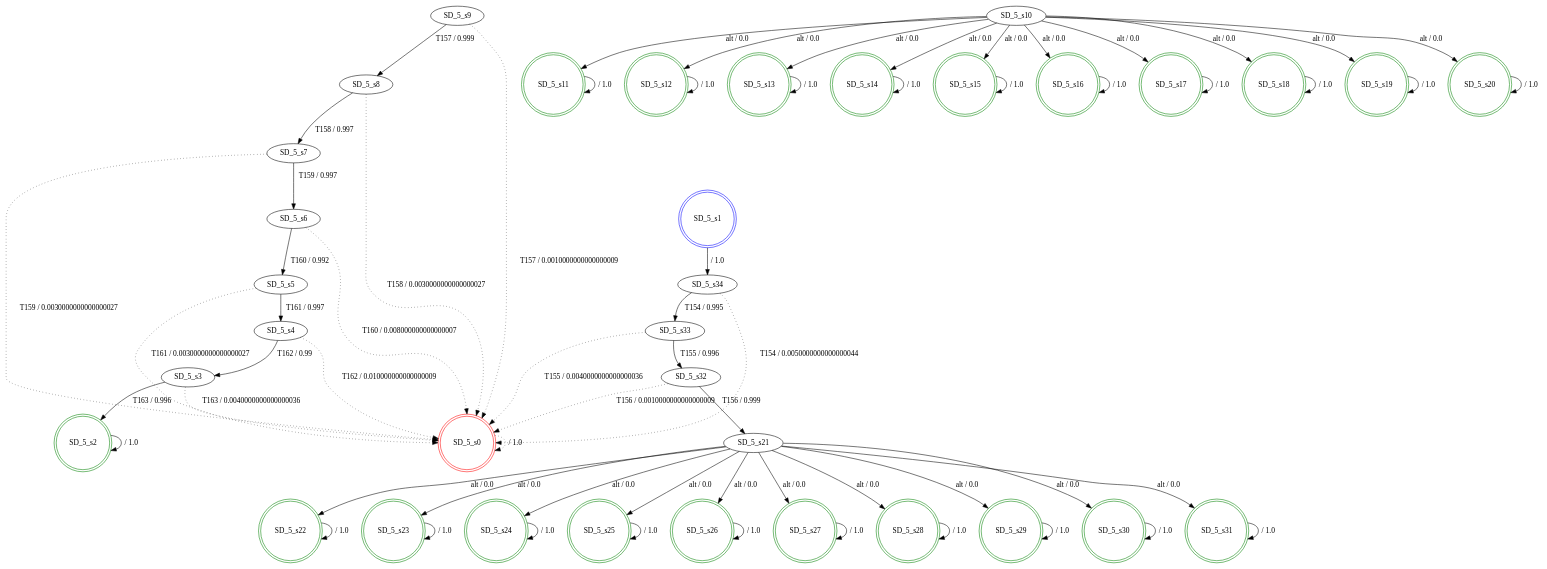
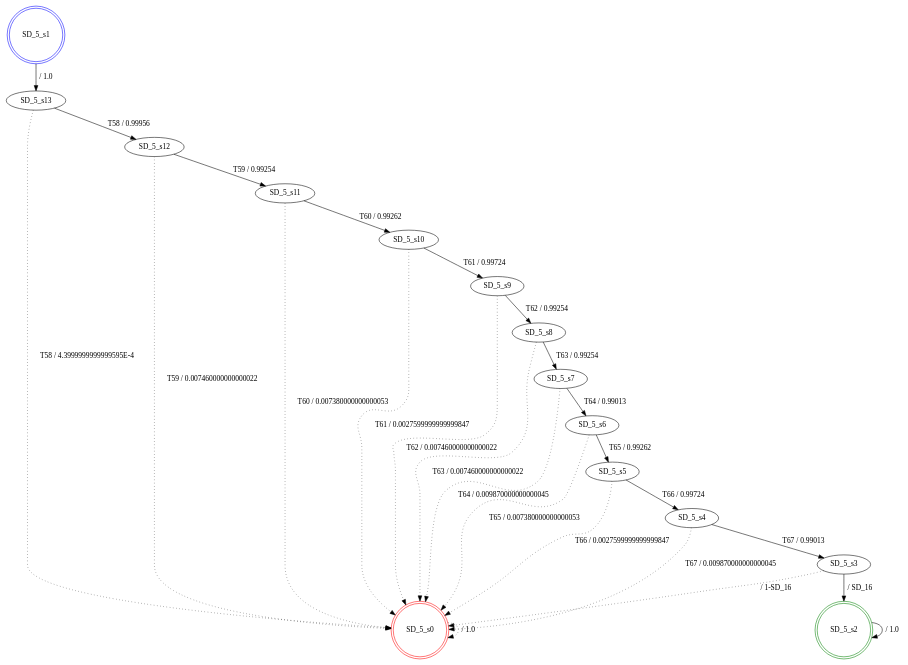
One commit to SPLMC/spl-generator changed the diagram in src/results_joao/2/fdtmc_SD_5.dot. Above: the diagram before and after it, drawn with Graphviz. The commit also changed 563 other files, not shown here.

```diff
--- a/src/results_joao/2/fdtmc_SD_5.dot
+++ b/src/results_joao/2/fdtmc_SD_5.dot
@@ -1,100 +1,41 @@
 digraph graphname {
 SD_5_s0 [label="SD_5_s0",color=red,shape=doublecircle ];
 SD_5_s1 [label="SD_5_s1",color=blue,shape=doublecircle ];
 SD_5_s2 [label="SD_5_s2",color=green,shape=doublecircle ];
 SD_5_s3 [label="SD_5_s3" ];
 SD_5_s4 [label="SD_5_s4" ];
 SD_5_s5 [label="SD_5_s5" ];
 SD_5_s6 [label="SD_5_s6" ];
 SD_5_s7 [label="SD_5_s7" ];
 SD_5_s8 [label="SD_5_s8" ];
 SD_5_s9 [label="SD_5_s9" ];
 SD_5_s10 [label="SD_5_s10" ];
-SD_5_s11 [label="SD_5_s11",color=green,shape=doublecircle ];
-SD_5_s12 [label="SD_5_s12",color=green,shape=doublecircle ];
-SD_5_s13 [label="SD_5_s13",color=green,shape=doublecircle ];
-SD_5_s14 [label="SD_5_s14",color=green,shape=doublecircle ];
-SD_5_s15 [label="SD_5_s15",color=green,shape=doublecircle ];
-SD_5_s16 [label="SD_5_s16",color=green,shape=doublecircle ];
-SD_5_s17 [label="SD_5_s17",color=green,shape=doublecircle ];
-SD_5_s18 [label="SD_5_s18",color=green,shape=doublecircle ];
-SD_5_s19 [label="SD_5_s19",color=green,shape=doublecircle ];
-SD_5_s20 [label="SD_5_s20",color=green,shape=doublecircle ];
-SD_5_s21 [label="SD_5_s21" ];
-SD_5_s22 [label="SD_5_s22",color=green,shape=doublecircle ];
-SD_5_s23 [label="SD_5_s23",color=green,shape=doublecircle ];
-SD_5_s24 [label="SD_5_s24",color=green,shape=doublecircle ];
-SD_5_s25 [label="SD_5_s25",color=green,shape=doublecircle ];
-SD_5_s26 [label="SD_5_s26",color=green,shape=doublecircle ];
-SD_5_s27 [label="SD_5_s27",color=green,shape=doublecircle ];
-SD_5_s28 [label="SD_5_s28",color=green,shape=doublecircle ];
-SD_5_s29 [label="SD_5_s29",color=green,shape=doublecircle ];
-SD_5_s30 [label="SD_5_s30",color=green,shape=doublecircle ];
-SD_5_s31 [label="SD_5_s31",color=green,shape=doublecircle ];
-SD_5_s32 [label="SD_5_s32" ];
-SD_5_s33 [label="SD_5_s33" ];
-SD_5_s34 [label="SD_5_s34" ];
+SD_5_s11 [label="SD_5_s11" ];
+SD_5_s12 [label="SD_5_s12" ];
+SD_5_s13 [label="SD_5_s13" ];
 SD_5_s0 -> SD_5_s0 [label=" / 1.0", style=dotted];
-SD_5_s1 -> SD_5_s34 [label=" / 1.0"];
+SD_5_s1 -> SD_5_s13 [label=" / 1.0"];
 SD_5_s2 -> SD_5_s2 [label=" / 1.0"];
-SD_5_s3 -> SD_5_s2 [label="T163 / 0.996"];
-SD_5_s3 -> SD_5_s0 [label="T163 / 0.0040000000000000036", style=dotted];
-SD_5_s4 -> SD_5_s3 [label="T162 / 0.99"];
-SD_5_s4 -> SD_5_s0 [label="T162 / 0.010000000000000009", style=dotted];
-SD_5_s5 -> SD_5_s4 [label="T161 / 0.997"];
-SD_5_s5 -> SD_5_s0 [label="T161 / 0.0030000000000000027", style=dotted];
-SD_5_s6 -> SD_5_s5 [label="T160 / 0.992"];
-SD_5_s6 -> SD_5_s0 [label="T160 / 0.008000000000000007", style=dotted];
-SD_5_s7 -> SD_5_s6 [label="T159 / 0.997"];
-SD_5_s7 -> SD_5_s0 [label="T159 / 0.0030000000000000027", style=dotted];
-SD_5_s8 -> SD_5_s7 [label="T158 / 0.997"];
-SD_5_s8 -> SD_5_s0 [label="T158 / 0.0030000000000000027", style=dotted];
-SD_5_s9 -> SD_5_s8 [label="T157 / 0.999"];
-SD_5_s9 -> SD_5_s0 [label="T157 / 0.0010000000000000009", style=dotted];
-SD_5_s10 -> SD_5_s11 [label="alt / 0.0"];
-SD_5_s10 -> SD_5_s12 [label="alt / 0.0"];
-SD_5_s10 -> SD_5_s13 [label="alt / 0.0"];
-SD_5_s10 -> SD_5_s14 [label="alt / 0.0"];
-SD_5_s10 -> SD_5_s15 [label="alt / 0.0"];
-SD_5_s10 -> SD_5_s16 [label="alt / 0.0"];
-SD_5_s10 -> SD_5_s17 [label="alt / 0.0"];
-SD_5_s10 -> SD_5_s18 [label="alt / 0.0"];
-SD_5_s10 -> SD_5_s19 [label="alt / 0.0"];
-SD_5_s10 -> SD_5_s20 [label="alt / 0.0"];
-SD_5_s11 -> SD_5_s11 [label=" / 1.0"];
-SD_5_s12 -> SD_5_s12 [label=" / 1.0"];
-SD_5_s13 -> SD_5_s13 [label=" / 1.0"];
-SD_5_s14 -> SD_5_s14 [label=" / 1.0"];
-SD_5_s15 -> SD_5_s15 [label=" / 1.0"];
-SD_5_s16 -> SD_5_s16 [label=" / 1.0"];
-SD_5_s17 -> SD_5_s17 [label=" / 1.0"];
-SD_5_s18 -> SD_5_s18 [label=" / 1.0"];
-SD_5_s19 -> SD_5_s19 [label=" / 1.0"];
-SD_5_s20 -> SD_5_s20 [label=" / 1.0"];
-SD_5_s21 -> SD_5_s22 [label="alt / 0.0"];
-SD_5_s21 -> SD_5_s23 [label="alt / 0.0"];
-SD_5_s21 -> SD_5_s24 [label="alt / 0.0"];
-SD_5_s21 -> SD_5_s25 [label="alt / 0.0"];
-SD_5_s21 -> SD_5_s26 [label="alt / 0.0"];
-SD_5_s21 -> SD_5_s27 [label="alt / 0.0"];
-SD_5_s21 -> SD_5_s28 [label="alt / 0.0"];
-SD_5_s21 -> SD_5_s29 [label="alt / 0.0"];
-SD_5_s21 -> SD_5_s30 [label="alt / 0.0"];
-SD_5_s21 -> SD_5_s31 [label="alt / 0.0"];
-SD_5_s22 -> SD_5_s22 [label=" / 1.0"];
-SD_5_s23 -> SD_5_s23 [label=" / 1.0"];
-SD_5_s24 -> SD_5_s24 [label=" / 1.0"];
-SD_5_s25 -> SD_5_s25 [label=" / 1.0"];
-SD_5_s26 -> SD_5_s26 [label=" / 1.0"];
-SD_5_s27 -> SD_5_s27 [label=" / 1.0"];
-SD_5_s28 -> SD_5_s28 [label=" / 1.0"];
-SD_5_s29 -> SD_5_s29 [label=" / 1.0"];
-SD_5_s30 -> SD_5_s30 [label=" / 1.0"];
-SD_5_s31 -> SD_5_s31 [label=" / 1.0"];
-SD_5_s32 -> SD_5_s21 [label="T156 / 0.999"];
-SD_5_s32 -> SD_5_s0 [label="T156 / 0.0010000000000000009", style=dotted];
-SD_5_s33 -> SD_5_s32 [label="T155 / 0.996"];
-SD_5_s33 -> SD_5_s0 [label="T155 / 0.0040000000000000036", style=dotted];
-SD_5_s34 -> SD_5_s33 [label="T154 / 0.995"];
-SD_5_s34 -> SD_5_s0 [label="T154 / 0.0050000000000000044", style=dotted];
+SD_5_s3 -> SD_5_s2 [label=" / SD_16"];
+SD_5_s3 -> SD_5_s0 [label=" / 1-SD_16", style=dotted];
+SD_5_s4 -> SD_5_s3 [label="T67 / 0.99013"];
+SD_5_s4 -> SD_5_s0 [label="T67 / 0.009870000000000045", style=dotted];
+SD_5_s5 -> SD_5_s4 [label="T66 / 0.99724"];
+SD_5_s5 -> SD_5_s0 [label="T66 / 0.0027599999999999847", style=dotted];
+SD_5_s6 -> SD_5_s5 [label="T65 / 0.99262"];
+SD_5_s6 -> SD_5_s0 [label="T65 / 0.007380000000000053", style=dotted];
+SD_5_s7 -> SD_5_s6 [label="T64 / 0.99013"];
+SD_5_s7 -> SD_5_s0 [label="T64 / 0.009870000000000045", style=dotted];
+SD_5_s8 -> SD_5_s7 [label="T63 / 0.99254"];
+SD_5_s8 -> SD_5_s0 [label="T63 / 0.007460000000000022", style=dotted];
+SD_5_s9 -> SD_5_s8 [label="T62 / 0.99254"];
+SD_5_s9 -> SD_5_s0 [label="T62 / 0.007460000000000022", style=dotted];
+SD_5_s10 -> SD_5_s9 [label="T61 / 0.99724"];
+SD_5_s10 -> SD_5_s0 [label="T61 / 0.0027599999999999847", style=dotted];
+SD_5_s11 -> SD_5_s10 [label="T60 / 0.99262"];
+SD_5_s11 -> SD_5_s0 [label="T60 / 0.007380000000000053", style=dotted];
+SD_5_s12 -> SD_5_s11 [label="T59 / 0.99254"];
+SD_5_s12 -> SD_5_s0 [label="T59 / 0.007460000000000022", style=dotted];
+SD_5_s13 -> SD_5_s12 [label="T58 / 0.99956"];
+SD_5_s13 -> SD_5_s0 [label="T58 / 4.3999999999999595E-4", style=dotted];
 }
```
